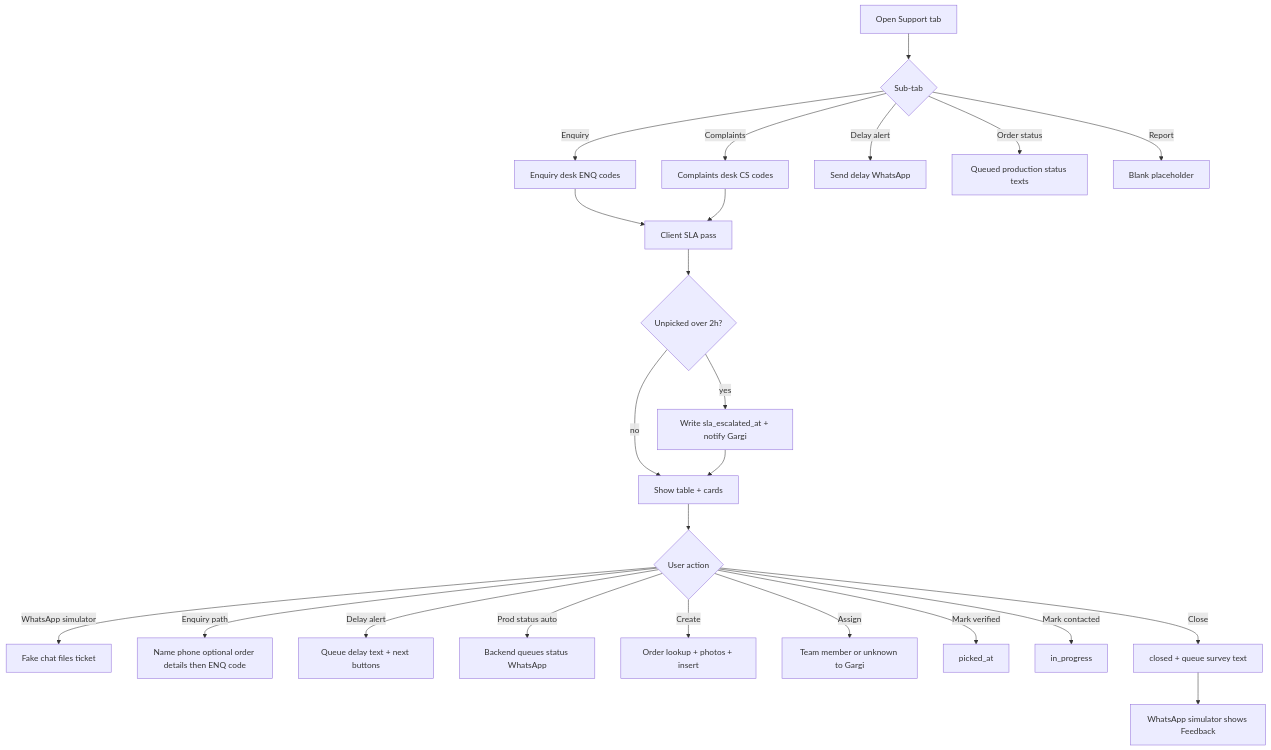
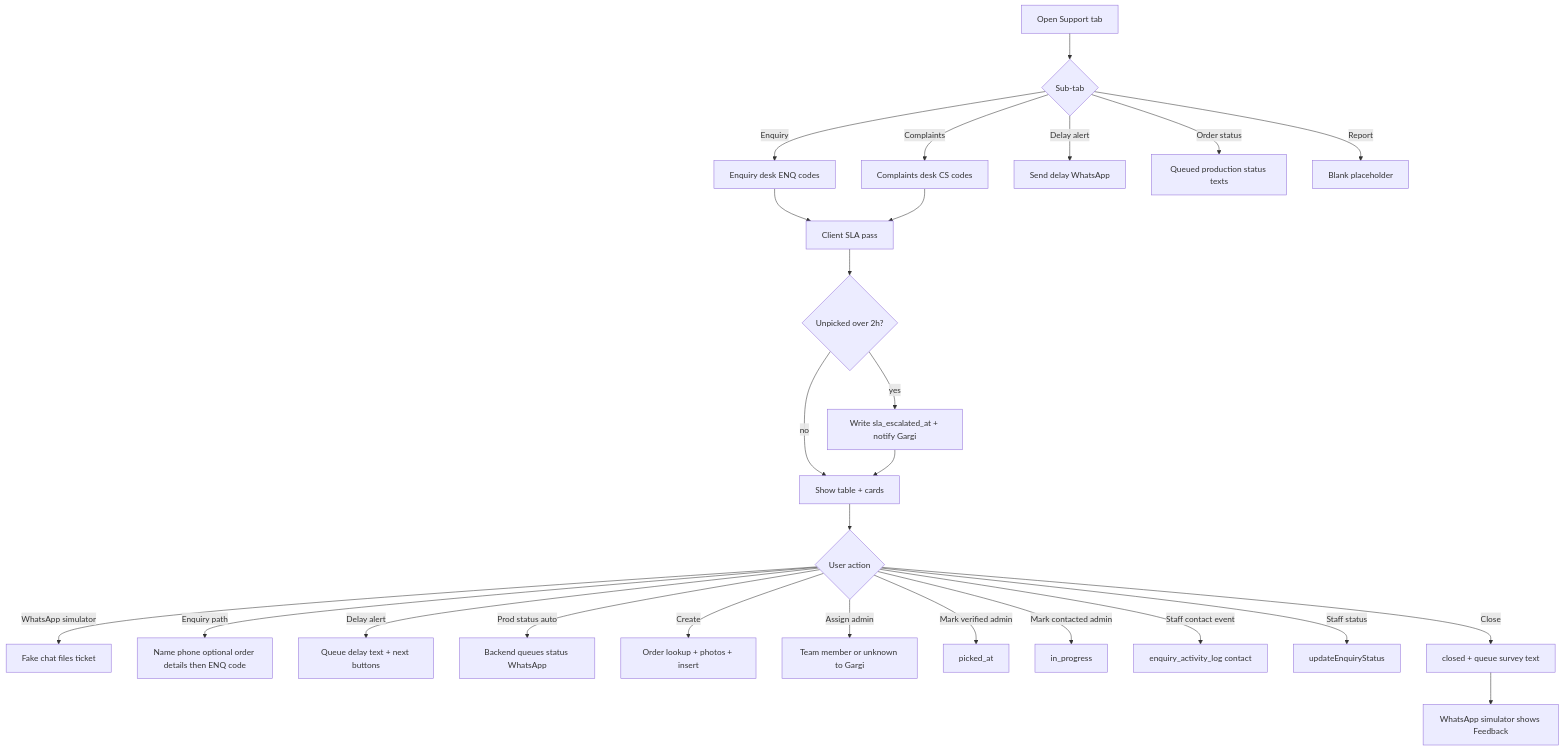
Before and after one commit to Mayur8291/Printing-Tracker: diagram 29 of 48 in docs/FLOWCHARTS.md, drawn with Mermaid. The commit also changed other lines of this file and 8 other files, not shown here.

First line of the commit message:
feat(support): slim assigned enquiry view to history and status

````diff
--- a/docs/FLOWCHARTS.md
+++ b/docs/FLOWCHARTS.md
@@ -548,26 +564,28 @@
 ```mermaid
 flowchart TD
   A[Open Support tab] --> ST{Sub-tab}
   ST -->|Enquiry| ENQ[Enquiry desk ENQ codes]
   ST -->|Complaints| B[Complaints desk CS codes]
   ST -->|Delay alert| DATab[Send delay WhatsApp]
   ST -->|Order status| OSTab[Queued production status texts]
   ST -->|Report| BL2[Blank placeholder]
   ENQ --> C[Client SLA pass]
   B --> C
   C --> D{Unpicked over 2h?}
   D -->|yes| E[Write sla_escalated_at + notify Gargi]
   D -->|no| F[Show table + cards]
   E --> F
   F --> G{User action}
   G -->|WhatsApp simulator| S[Fake chat files ticket]
   G -->|Enquiry path| EP[Name phone optional order details then ENQ code]
   G -->|Delay alert| DA[Queue delay text + next buttons]
   G -->|Prod status auto| PS[Backend queues status WhatsApp]
   G -->|Create| H[Order lookup + photos + insert]
-  G -->|Assign| I[Team member or unknown to Gargi]
-  G -->|Mark verified| J[picked_at]
-  G -->|Mark contacted| K[in_progress]
+  G -->|Assign admin| I[Team member or unknown to Gargi]
+  G -->|Mark verified admin| J[picked_at]
+  G -->|Mark contacted admin| K[in_progress]
+  G -->|Staff contact event| CH[enquiry_activity_log contact]
+  G -->|Staff status| SS[updateEnquiryStatus]
   G -->|Close| L[closed + queue survey text]
   L --> M[WhatsApp simulator shows Feedback]
 ```
````
